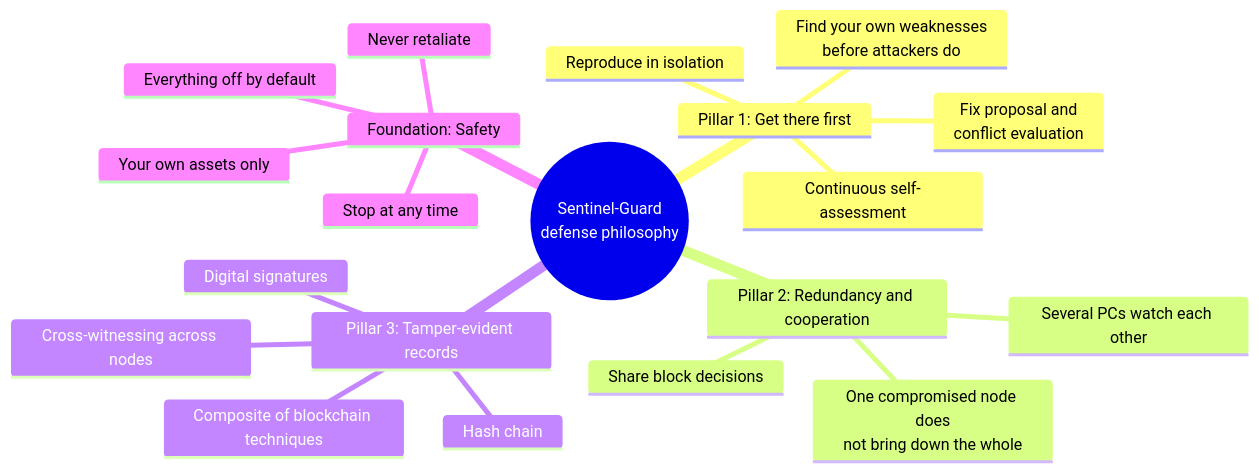
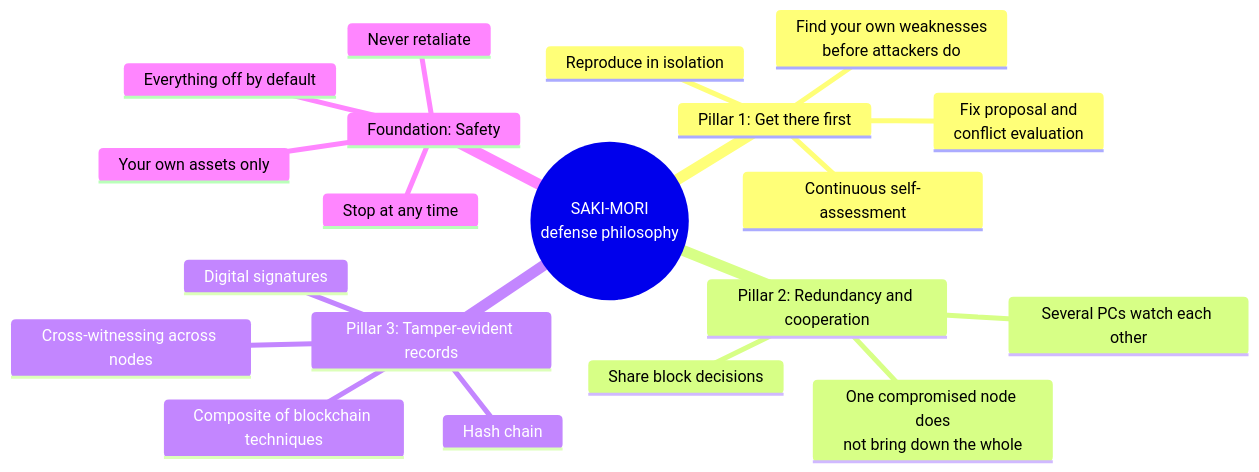
The second of 15 diagrams in docs/publication/01_concept-and-architecture.md (Hirasawakazumaz/BOGYO), drawn with Mermaid before and after one commit. The commit also changed other lines of this file and 27 other files, not shown here.

First line of the commit message:
feat: rename the project to SAKI-MORI (display name)

````diff
--- a/docs/publication/01_concept-and-architecture.md
+++ b/docs/publication/01_concept-and-architecture.md
@@ -71,23 +71,23 @@
 ```mermaid
 mindmap
-  root(("Sentinel-Guard<br/>defense philosophy"))
+  root(("SAKI-MORI<br/>defense philosophy"))
     Pillar 1: Get there first
       Find your own weaknesses<br/>before attackers do
       Continuous self-assessment
       Reproduce in isolation
       Fix proposal and<br/>conflict evaluation
     Pillar 2: Redundancy and cooperation
       Several PCs watch each other
       Share block decisions
       One compromised node does<br/>not bring down the whole
     Pillar 3: Tamper-evident records
       Hash chain
       Digital signatures
       Cross-witnessing across nodes
       Composite of blockchain techniques
     Foundation: Safety
       Your own assets only
       Everything off by default
       Never retaliate
       Stop at any time
 ```
````
